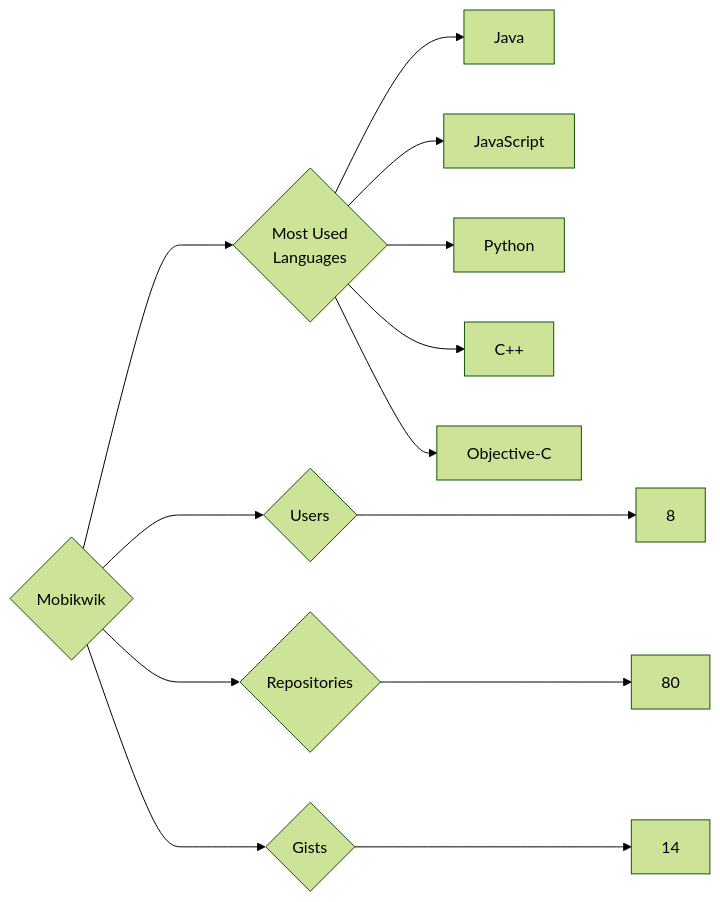
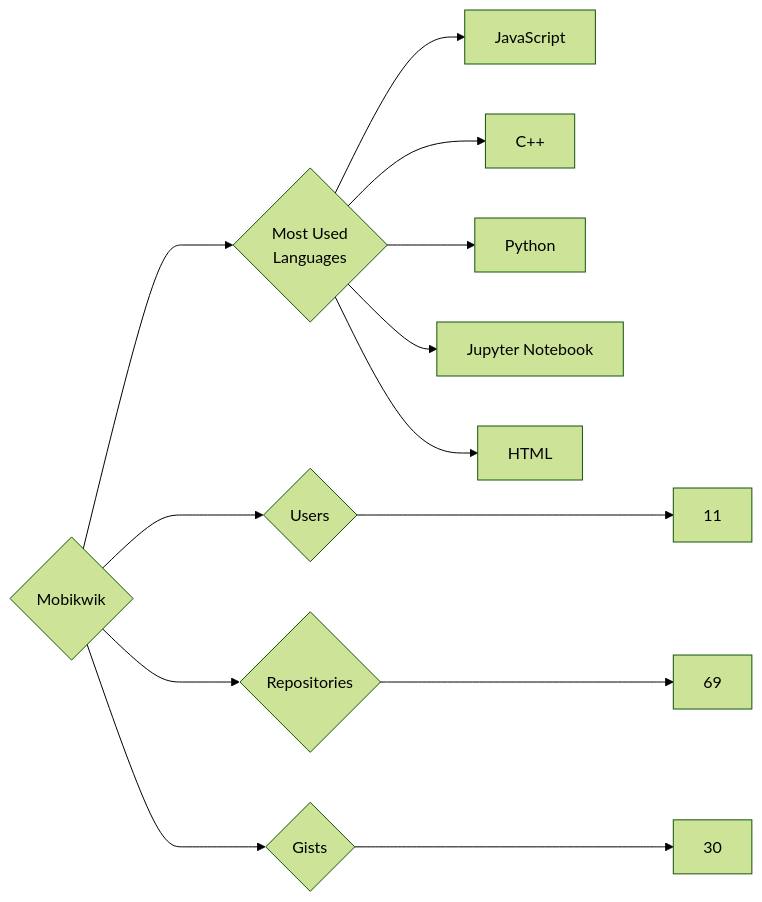
The diagram in targets/Mobikwik/README.md (trickest/insiders), drawn with Mermaid (forest theme) before and after one commit. The commit also changed 1496 other files, not shown here.

````diff
--- a/targets/Mobikwik/README.md
+++ b/targets/Mobikwik/README.md
@@ -3,13 +3,13 @@
 ```mermaid
 graph LR
 COMPANY_NAME{Mobikwik}
-COMPANY_NAME ---> U{Users} ---> UN[8]
-COMPANY_NAME ---> R{Repositories} ---> RN[80]
-COMPANY_NAME ---> G{Gists} ---> GN[14]
+COMPANY_NAME ---> U{Users} ---> UN[11]
+COMPANY_NAME ---> R{Repositories} ---> RN[69]
+COMPANY_NAME ---> G{Gists} ---> GN[30]
 COMPANY_NAME ---> ML{Most Used<br>Languages}
-ML --> Java[Java]
 ML --> JavaScript[JavaScript]
+ML --> C++[C++]
 ML --> Python[Python]
-ML --> C++[C++]
-ML --> Objective-C[Objective-C]
+ML --> Jupyter_Notebook[Jupyter Notebook]
+ML --> HTML[HTML]
 ```
````
